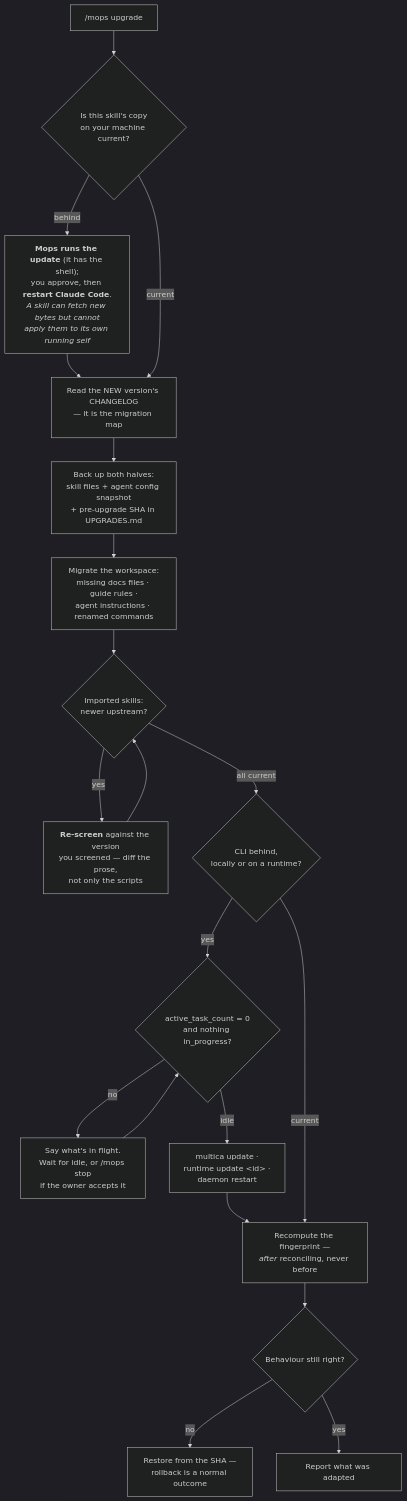
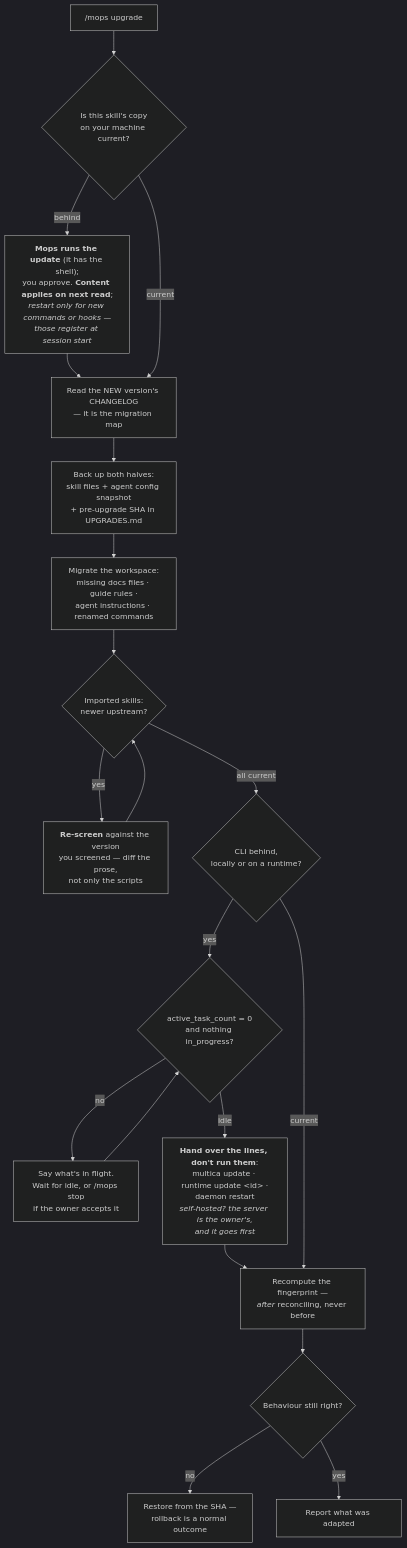
The seventh of 8 diagrams in WORKFLOW.md (jamillazarev/multica-ops), drawn with Mermaid (dark theme) before and after one commit. The commit also changed other lines of this file and 16 other files, not shown here.

First line of the commit message:
v2.4.0 — the platform-audit release: tell the truth about Multica, and run on it yourself

````diff
--- a/WORKFLOW.md
+++ b/WORKFLOW.md
@@ -122,22 +122,22 @@
 ```mermaid
 flowchart TD
     GO["/mops upgrade"] --> L1{"Is this skill's copy<br/>on your machine current?"}
-    L1 -->|"behind"| YOU["<b>Mops runs the update</b> (it has the shell);<br/>you approve, then <b>restart Claude Code</b>.<br/><i>A skill can fetch new bytes but cannot<br/>apply them to its own running self</i>"]
+    L1 -->|"behind"| YOU["<b>Mops runs the update</b> (it has the shell);<br/>you approve. <b>Content applies on next read</b>;<br/><i>restart only for new commands or hooks —<br/>those register at session start</i>"]
     YOU --> L2
     L1 -->|"current"| L2["Read the NEW version's CHANGELOG<br/>— it is the migration map"]
     L2 --> BK["Back up both halves:<br/>skill files + agent config snapshot<br/>+ pre-upgrade SHA in UPGRADES.md"]
     BK --> WS["Migrate the workspace:<br/>missing docs files · guide rules ·<br/>agent instructions · renamed commands"]
     WS --> SK{"Imported skills:<br/>newer upstream?"}
     SK -->|"yes"| SCR["<b>Re-screen</b> against the version<br/>you screened — diff the prose,<br/>not only the scripts"]
     SCR --> SK
     SK -->|"all current"| CLI{"CLI behind,<br/>locally or on a runtime?"}
     CLI -->|"yes"| IDLE{"active_task_count = 0<br/>and nothing in_progress?"}
     IDLE -->|"no"| WAIT["Say what's in flight.<br/>Wait for idle, or /mops stop<br/>if the owner accepts it"]
     WAIT --> IDLE
-    IDLE -->|"idle"| UPD["multica update ·<br/>runtime update &lt;id&gt; ·<br/>daemon restart"]
+    IDLE -->|"idle"| UPD["<b>Hand over the lines, don't run them</b>:<br/>multica update · runtime update &lt;id&gt; ·<br/>daemon restart<br/><i>self-hosted? the server is the owner's,<br/>and it goes first</i>"]
     UPD --> FP
     CLI -->|"current"| FP["Recompute the fingerprint —<br/><i>after</i> reconciling, never before"]
     FP --> VER{"Behaviour still right?"}
     VER -->|"no"| RB["Restore from the SHA —<br/>rollback is a normal outcome"]
     VER -->|"yes"| DONE["Report what was adapted"]
 ```
````
